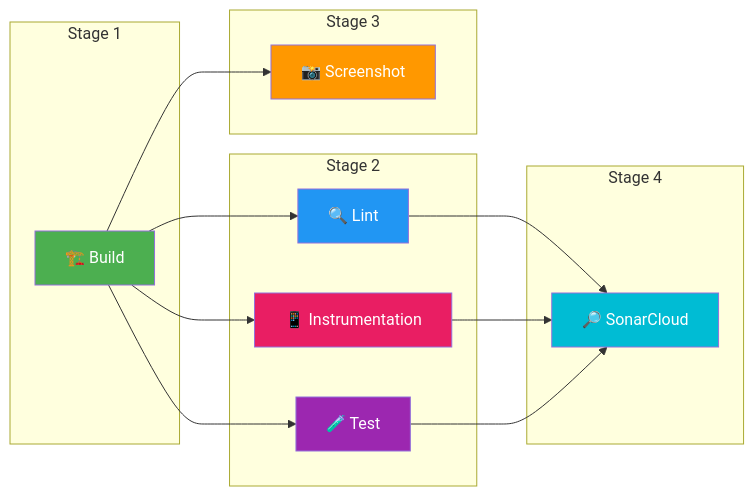
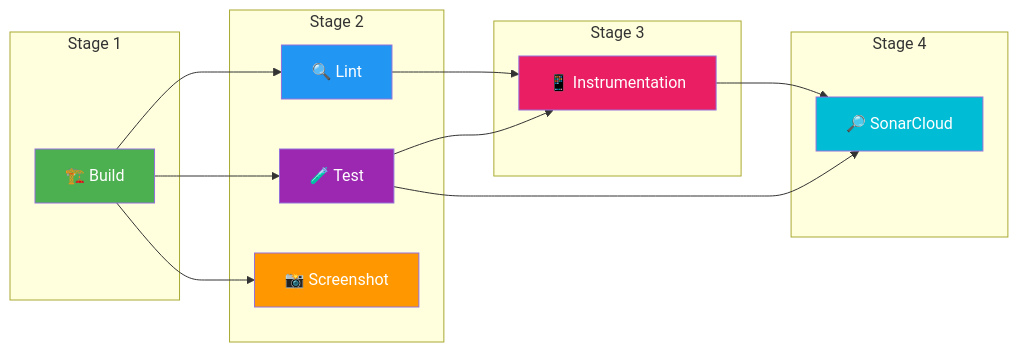
One commit to 2026-DEV2-007-Hatem-NOUREDDINE/tictactoeV2 changed the seventh of 18 diagrams in README.md. Above: the diagram before and after it, drawn with Mermaid. The commit also changed other lines of this file and 39 other files, not shown here.

````diff
--- a/README.md
+++ b/README.md
@@ -232,36 +276,37 @@
 ```mermaid
 flowchart LR
-    subgraph "Stage 1"
-        BUILD[🏗️ Build]
-    end
+subgraph "Stage 1"
+BUILD[🏗️ Build]
+end
 
-    subgraph "Stage 2"
-        LINT[🔍 Lint]
-        TEST[🧪 Test]
-        INSTR[📱 Instrumentation]
-    end
+subgraph "Stage 2"
+LINT[🔍 Lint]
+TEST[🧪 Test]
+SCREEN[📸 Screenshot]
+end
 
-    subgraph "Stage 3"
-        SCREEN[📸 Screenshot]
-    end
+subgraph "Stage 3"
+INSTR[📱 Instrumentation]
+end
 
-    subgraph "Stage 4"
-        SONAR[🔎 SonarCloud]
-    end
+subgraph "Stage 4"
+SONAR[🔎 SonarCloud]
+end
 
-    BUILD --> LINT
-    BUILD --> TEST
-    BUILD --> INSTR
-    BUILD --> SCREEN
+BUILD --> LINT
+BUILD --> TEST
+BUILD --> SCREEN
 
-    LINT --> SONAR
-    INSTR --> SONAR
-    TEST --> SONAR
+LINT --> INSTR
+TEST --> INSTR
 
-    style BUILD fill:#4CAF50,color:#fff
-    style LINT fill:#2196F3,color:#fff
-    style TEST fill:#9C27B0,color:#fff
-    style SCREEN fill:#FF9800,color:#fff
-    style INSTR fill:#E91E63,color:#fff
-    style SONAR fill:#00BCD4,color:#fff
+INSTR --> SONAR
+TEST --> SONAR
+
+style BUILD fill: #4CAF50, color:#fff
+style LINT fill: #2196F3, color:#fff
+style TEST fill: #9C27B0, color:#fff
+style SCREEN fill: #FF9800, color:#fff
+style INSTR fill: #E91E63, color:#fff
+style SONAR fill: #00BCD4, color:#fff
 ```
````
